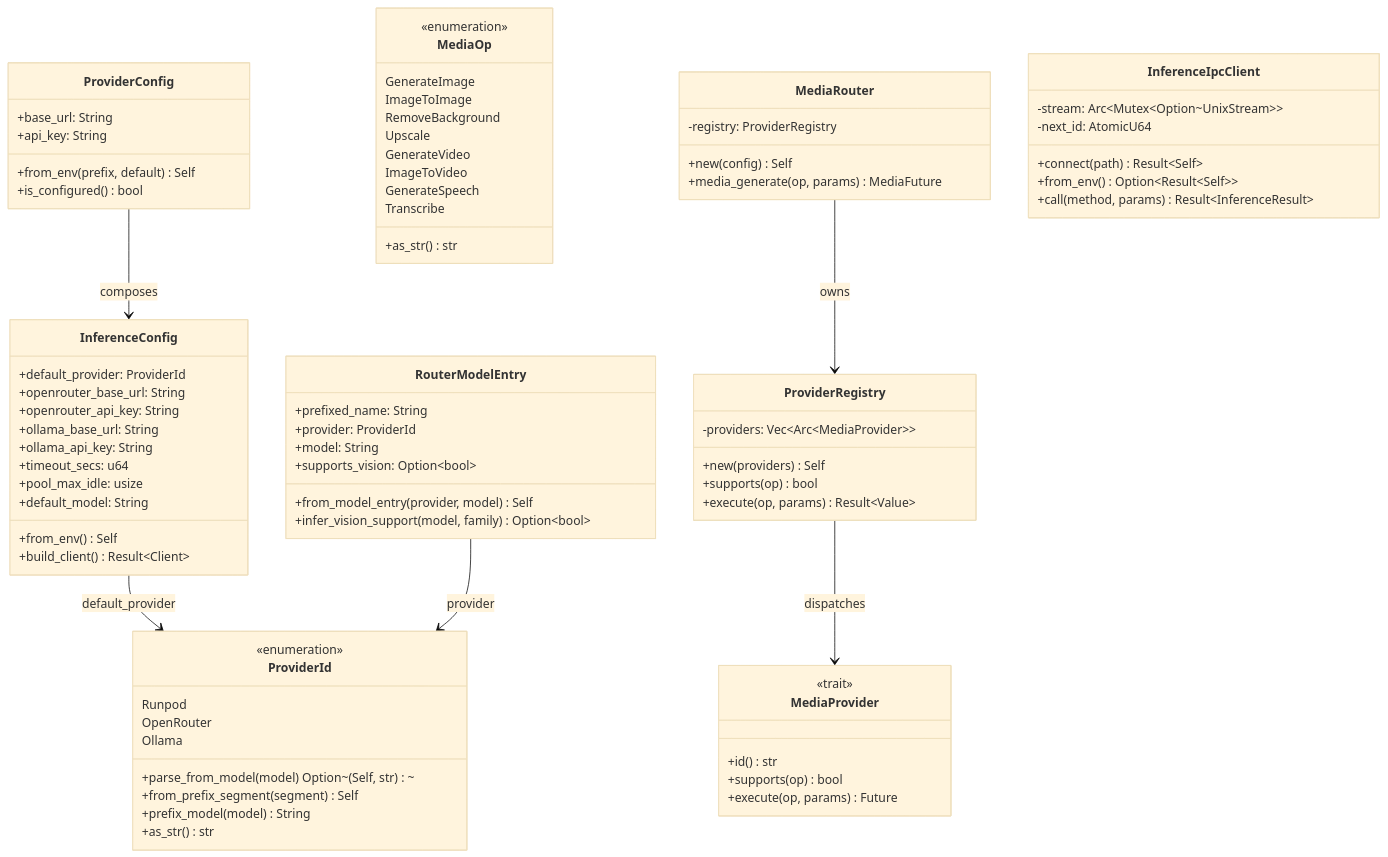
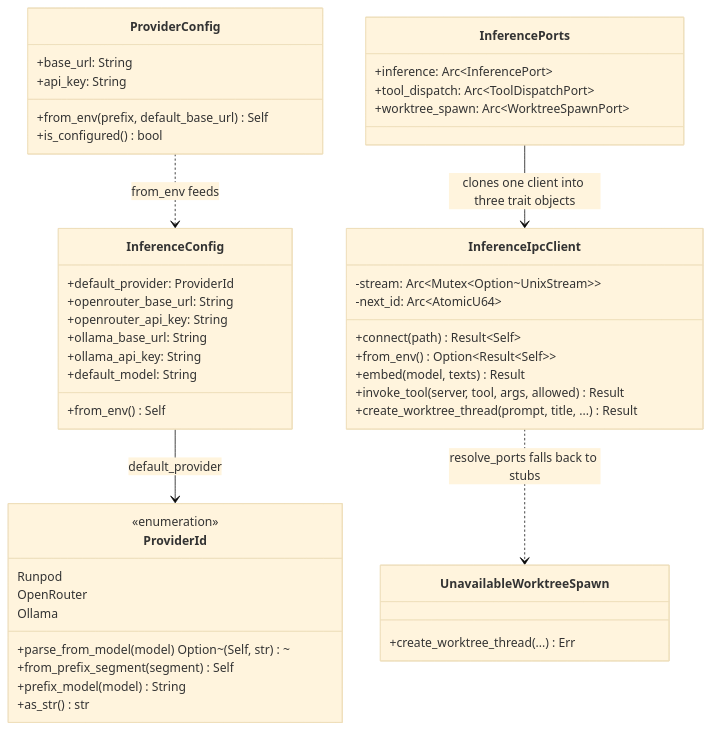
Before and after one commit to mdz-axo/zed-kask: the diagram in kask/docs/diataxis/hkask-inference/reference.md, drawn with Mermaid (base theme). The commit also changed other lines of this file and 22 other files, not shown here.

````diff
--- a/kask/docs/diataxis/hkask-inference/reference.md
+++ b/kask/docs/diataxis/hkask-inference/reference.md
@@ -92,81 +118,50 @@
 ```mermaid
 classDiagram
     class ProviderId {
         <<enumeration>>
         Runpod
         OpenRouter
         Ollama
         +parse_from_model(model) Option~(Self, str)~
         +from_prefix_segment(segment) Self
         +prefix_model(model) String
         +as_str() str
     }
     class InferenceConfig {
         +default_provider: ProviderId
         +openrouter_base_url: String
         +openrouter_api_key: String
         +ollama_base_url: String
         +ollama_api_key: String
-        +timeout_secs: u64
-        +pool_max_idle: usize
         +default_model: String
         +from_env() Self
-        +build_client() Result~Client~
     }
     class ProviderConfig {
         +base_url: String
         +api_key: String
-        +from_env(prefix, default) Self
+        +from_env(prefix, default_base_url) Self
         +is_configured() bool
-    }
-    class MediaOp {
-        <<enumeration>>
-        GenerateImage
-        ImageToImage
-        RemoveBackground
-        Upscale
-        GenerateVideo
-        ImageToVideo
-        GenerateSpeech
-        Transcribe
-        +as_str() str
-    }
-    class MediaProvider {
-        <<trait>>
-        +id() str
-        +supports(op) bool
-        +execute(op, params) Future
-    }
-    class ProviderRegistry {
-        -providers: Vec~Arc~MediaProvider~~
-        +new(providers) Self
-        +supports(op) bool
-        +execute(op, params) Result~Value~
-    }
-    class MediaRouter {
-        -registry: ProviderRegistry
-        +new(config) Self
-        +media_generate(op, params) MediaFuture
     }
     class InferenceIpcClient {
         -stream: Arc~Mutex~Option~UnixStream~~
-        -next_id: AtomicU64
+        -next_id: Arc~AtomicU64~
         +connect(path) Result~Self~
         +from_env() Option~Result~Self~~
-        +call(method, params) Result~InferenceResult~
+        +embed(model, texts) Result
+        +invoke_tool(server, tool, args, allowed) Result
+        +create_worktree_thread(prompt, title, ...) Result
     }
-    class RouterModelEntry {
-        +prefixed_name: String
-        +provider: ProviderId
-        +model: String
-        +supports_vision: Option~bool~
-        +from_model_entry(provider, model) Self
-        +infer_vision_support(model, family) Option~bool~
+    class InferencePorts {
+        +inference: Arc~InferencePort~
+        +tool_dispatch: Arc~ToolDispatchPort~
+        +worktree_spawn: Arc~WorktreeSpawnPort~
+    }
+    class UnavailableWorktreeSpawn {
+        +create_worktree_thread(...) Err
     }
 
     InferenceConfig --> ProviderId : default_provider
-    ProviderConfig --> InferenceConfig : composes
-    MediaRouter --> ProviderRegistry : owns
-    ProviderRegistry --> MediaProvider : dispatches
-    RouterModelEntry --> ProviderId : provider
+    ProviderConfig ..> InferenceConfig : from_env feeds
+    InferencePorts --> InferenceIpcClient : clones one client into three trait objects
+    InferenceIpcClient ..> UnavailableWorktreeSpawn : resolve_ports falls back to stubs
 ```
````
